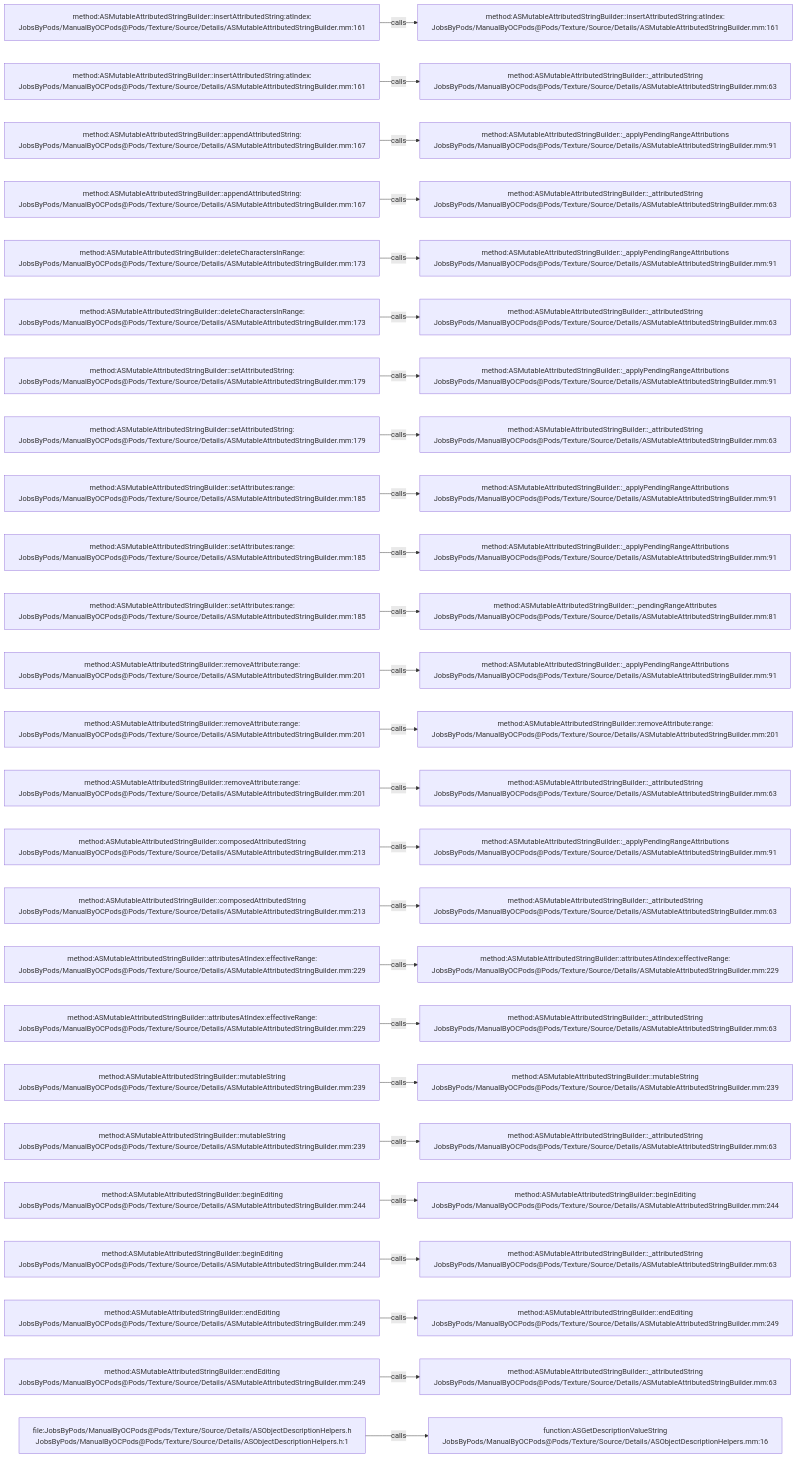
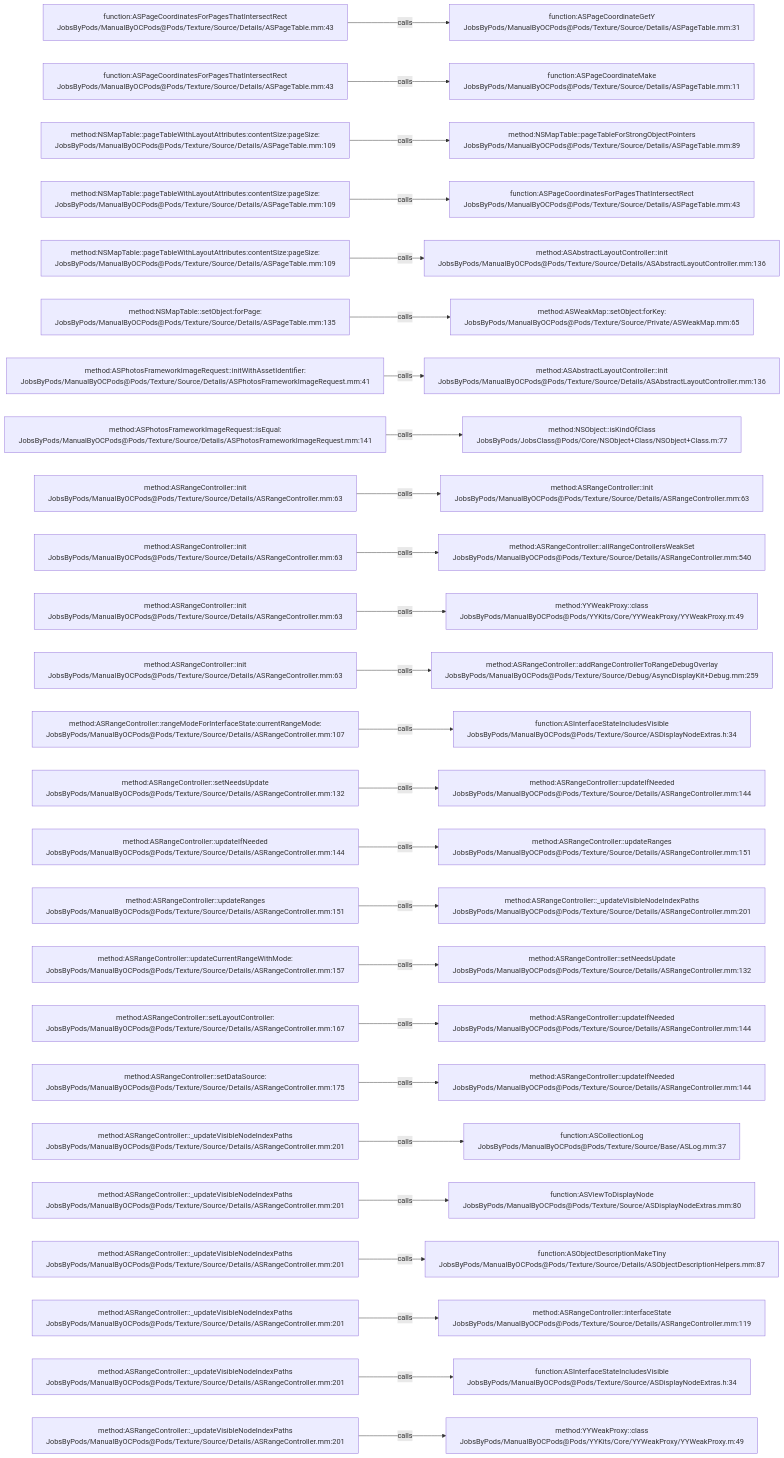
One commit to JobsKits/JobsOCBaseConfigDemo changed the diagram in .codegraph/codegraph.md/graphs/calls-161.md. Above: the diagram before and after it, drawn with Mermaid. The commit also changed 1353 other files, not shown here.

````diff
--- a/.codegraph/codegraph.md/graphs/calls-161.md
+++ b/.codegraph/codegraph.md/graphs/calls-161.md
@@ -13,78 +13,78 @@
 ```mermaid
 flowchart LR
-  S1["method:ASMutableAttributedStringBuilder::insertAttributedString:atIndex:<br/>JobsByPods/ManualByOCPods@Pods/Texture/Source/Details/ASMutableAttributedStringBuilder.mm:161"]
-  T1["method:ASMutableAttributedStringBuilder::insertAttributedString:atIndex:<br/>JobsByPods/ManualByOCPods@Pods/Texture/Source/Details/ASMutableAttributedStringBuilder.mm:161"]
+  S1["function:ASPageCoordinatesForPagesThatIntersectRect<br/>JobsByPods/ManualByOCPods@Pods/Texture/Source/Details/ASPageTable.mm:43"]
+  T1["function:ASPageCoordinateGetY<br/>JobsByPods/ManualByOCPods@Pods/Texture/Source/Details/ASPageTable.mm:31"]
   S1 -->|calls| T1
-  S2["method:ASMutableAttributedStringBuilder::insertAttributedString:atIndex:<br/>JobsByPods/ManualByOCPods@Pods/Texture/Source/Details/ASMutableAttributedStringBuilder.mm:161"]
-  T2["method:ASMutableAttributedStringBuilder::_attributedString<br/>JobsByPods/ManualByOCPods@Pods/Texture/Source/Details/ASMutableAttributedStringBuilder.mm:63"]
+  S2["function:ASPageCoordinatesForPagesThatIntersectRect<br/>JobsByPods/ManualByOCPods@Pods/Texture/Source/Details/ASPageTable.mm:43"]
+  T2["function:ASPageCoordinateMake<br/>JobsByPods/ManualByOCPods@Pods/Texture/Source/Details/ASPageTable.mm:11"]
   S2 -->|calls| T2
-  S3["method:ASMutableAttributedStringBuilder::appendAttributedString:<br/>JobsByPods/ManualByOCPods@Pods/Texture/Source/Details/ASMutableAttributedStringBuilder.mm:167"]
-  T3["method:ASMutableAttributedStringBuilder::_applyPendingRangeAttributions<br/>JobsByPods/ManualByOCPods@Pods/Texture/Source/Details/ASMutableAttributedStringBuilder.mm:91"]
+  S3["method:NSMapTable::pageTableWithLayoutAttributes:contentSize:pageSize:<br/>JobsByPods/ManualByOCPods@Pods/Texture/Source/Details/ASPageTable.mm:109"]
+  T3["method:NSMapTable::pageTableForStrongObjectPointers<br/>JobsByPods/ManualByOCPods@Pods/Texture/Source/Details/ASPageTable.mm:89"]
   S3 -->|calls| T3
-  S4["method:ASMutableAttributedStringBuilder::appendAttributedString:<br/>JobsByPods/ManualByOCPods@Pods/Texture/Source/Details/ASMutableAttributedStringBuilder.mm:167"]
-  T4["method:ASMutableAttributedStringBuilder::_attributedString<br/>JobsByPods/ManualByOCPods@Pods/Texture/Source/Details/ASMutableAttributedStringBuilder.mm:63"]
+  S4["method:NSMapTable::pageTableWithLayoutAttributes:contentSize:pageSize:<br/>JobsByPods/ManualByOCPods@Pods/Texture/Source/Details/ASPageTable.mm:109"]
+  T4["function:ASPageCoordinatesForPagesThatIntersectRect<br/>JobsByPods/ManualByOCPods@Pods/Texture/Source/Details/ASPageTable.mm:43"]
   S4 -->|calls| T4
-  S5["method:ASMutableAttributedStringBuilder::deleteCharactersInRange:<br/>JobsByPods/ManualByOCPods@Pods/Texture/Source/Details/ASMutableAttributedStringBuilder.mm:173"]
-  T5["method:ASMutableAttributedStringBuilder::_applyPendingRangeAttributions<br/>JobsByPods/ManualByOCPods@Pods/Texture/Source/Details/ASMutableAttributedStringBuilder.mm:91"]
+  S5["method:NSMapTable::pageTableWithLayoutAttributes:contentSize:pageSize:<br/>JobsByPods/ManualByOCPods@Pods/Texture/Source/Details/ASPageTable.mm:109"]
+  T5["method:ASAbstractLayoutController::init<br/>JobsByPods/ManualByOCPods@Pods/Texture/Source/Details/ASAbstractLayoutController.mm:136"]
   S5 -->|calls| T5
-  S6["method:ASMutableAttributedStringBuilder::deleteCharactersInRange:<br/>JobsByPods/ManualByOCPods@Pods/Texture/Source/Details/ASMutableAttributedStringBuilder.mm:173"]
-  T6["method:ASMutableAttributedStringBuilder::_attributedString<br/>JobsByPods/ManualByOCPods@Pods/Texture/Source/Details/ASMutableAttributedStringBuilder.mm:63"]
+  S6["method:NSMapTable::setObject:forPage:<br/>JobsByPods/ManualByOCPods@Pods/Texture/Source/Details/ASPageTable.mm:135"]
+  T6["method:ASWeakMap::setObject:forKey:<br/>JobsByPods/ManualByOCPods@Pods/Texture/Source/Private/ASWeakMap.mm:65"]
   S6 -->|calls| T6
-  S7["method:ASMutableAttributedStringBuilder::setAttributedString:<br/>JobsByPods/ManualByOCPods@Pods/Texture/Source/Details/ASMutableAttributedStringBuilder.mm:179"]
-  T7["method:ASMutableAttributedStringBuilder::_applyPendingRangeAttributions<br/>JobsByPods/ManualByOCPods@Pods/Texture/Source/Details/ASMutableAttributedStringBuilder.mm:91"]
+  S7["method:ASPhotosFrameworkImageRequest::initWithAssetIdentifier:<br/>JobsByPods/ManualByOCPods@Pods/Texture/Source/Details/ASPhotosFrameworkImageRequest.mm:41"]
+  T7["method:ASAbstractLayoutController::init<br/>JobsByPods/ManualByOCPods@Pods/Texture/Source/Details/ASAbstractLayoutController.mm:136"]
   S7 -->|calls| T7
-  S8["method:ASMutableAttributedStringBuilder::setAttributedString:<br/>JobsByPods/ManualByOCPods@Pods/Texture/Source/Details/ASMutableAttributedStringBuilder.mm:179"]
-  T8["method:ASMutableAttributedStringBuilder::_attributedString<br/>JobsByPods/ManualByOCPods@Pods/Texture/Source/Details/ASMutableAttributedStringBuilder.mm:63"]
+  S8["method:ASPhotosFrameworkImageRequest::isEqual:<br/>JobsByPods/ManualByOCPods@Pods/Texture/Source/Details/ASPhotosFrameworkImageRequest.mm:141"]
+  T8["method:NSObject::isKindOfClass<br/>JobsByPods/JobsClass@Pods/Core/NSObject+Class/NSObject+Class.m:77"]
   S8 -->|calls| T8
-  S9["method:ASMutableAttributedStringBuilder::setAttributes:range:<br/>JobsByPods/ManualByOCPods@Pods/Texture/Source/Details/ASMutableAttributedStringBuilder.mm:185"]
-  T9["method:ASMutableAttributedStringBuilder::_applyPendingRangeAttributions<br/>JobsByPods/ManualByOCPods@Pods/Texture/Source/Details/ASMutableAttributedStringBuilder.mm:91"]
+  S9["method:ASRangeController::init<br/>JobsByPods/ManualByOCPods@Pods/Texture/Source/Details/ASRangeController.mm:63"]
+  T9["method:ASRangeController::init<br/>JobsByPods/ManualByOCPods@Pods/Texture/Source/Details/ASRangeController.mm:63"]
   S9 -->|calls| T9
-  S10["method:ASMutableAttributedStringBuilder::setAttributes:range:<br/>JobsByPods/ManualByOCPods@Pods/Texture/Source/Details/ASMutableAttributedStringBuilder.mm:185"]
-  T10["method:ASMutableAttributedStringBuilder::_applyPendingRangeAttributions<br/>JobsByPods/ManualByOCPods@Pods/Texture/Source/Details/ASMutableAttributedStringBuilder.mm:91"]
+  S10["method:ASRangeController::init<br/>JobsByPods/ManualByOCPods@Pods/Texture/Source/Details/ASRangeController.mm:63"]
+  T10["method:ASRangeController::allRangeControllersWeakSet<br/>JobsByPods/ManualByOCPods@Pods/Texture/Source/Details/ASRangeController.mm:540"]
   S10 -->|calls| T10
-  S11["method:ASMutableAttributedStringBuilder::setAttributes:range:<br/>JobsByPods/ManualByOCPods@Pods/Texture/Source/Details/ASMutableAttributedStringBuilder.mm:185"]
-  T11["method:ASMutableAttributedStringBuilder::_pendingRangeAttributes<br/>JobsByPods/ManualByOCPods@Pods/Texture/Source/Details/ASMutableAttributedStringBuilder.mm:81"]
+  S11["method:ASRangeController::init<br/>JobsByPods/ManualByOCPods@Pods/Texture/Source/Details/ASRangeController.mm:63"]
+  T11["method:YYWeakProxy::class<br/>JobsByPods/ManualByOCPods@Pods/YYKits/Core/YYWeakProxy/YYWeakProxy.m:49"]
   S11 -->|calls| T11
-  S12["method:ASMutableAttributedStringBuilder::removeAttribute:range:<br/>JobsByPods/ManualByOCPods@Pods/Texture/Source/Details/ASMutableAttributedStringBuilder.mm:201"]
-  T12["method:ASMutableAttributedStringBuilder::_applyPendingRangeAttributions<br/>JobsByPods/ManualByOCPods@Pods/Texture/Source/Details/ASMutableAttributedStringBuilder.mm:91"]
+  S12["method:ASRangeController::init<br/>JobsByPods/ManualByOCPods@Pods/Texture/Source/Details/ASRangeController.mm:63"]
+  T12["method:ASRangeController::addRangeControllerToRangeDebugOverlay<br/>JobsByPods/ManualByOCPods@Pods/Texture/Source/Debug/AsyncDisplayKit+Debug.mm:259"]
   S12 -->|calls| T12
-  S13["method:ASMutableAttributedStringBuilder::removeAttribute:range:<br/>JobsByPods/ManualByOCPods@Pods/Texture/Source/Details/ASMutableAttributedStringBuilder.mm:201"]
-  T13["method:ASMutableAttributedStringBuilder::removeAttribute:range:<br/>JobsByPods/ManualByOCPods@Pods/Texture/Source/Details/ASMutableAttributedStringBuilder.mm:201"]
+  S13["method:ASRangeController::rangeModeForInterfaceState:currentRangeMode:<br/>JobsByPods/ManualByOCPods@Pods/Texture/Source/Details/ASRangeController.mm:107"]
+  T13["function:ASInterfaceStateIncludesVisible<br/>JobsByPods/ManualByOCPods@Pods/Texture/Source/ASDisplayNodeExtras.h:34"]
   S13 -->|calls| T13
-  S14["method:ASMutableAttributedStringBuilder::removeAttribute:range:<br/>JobsByPods/ManualByOCPods@Pods/Texture/Source/Details/ASMutableAttributedStringBuilder.mm:201"]
-  T14["method:ASMutableAttributedStringBuilder::_attributedString<br/>JobsByPods/ManualByOCPods@Pods/Texture/Source/Details/ASMutableAttributedStringBuilder.mm:63"]
+  S14["method:ASRangeController::setNeedsUpdate<br/>JobsByPods/ManualByOCPods@Pods/Texture/Source/Details/ASRangeController.mm:132"]
+  T14["method:ASRangeController::updateIfNeeded<br/>JobsByPods/ManualByOCPods@Pods/Texture/Source/Details/ASRangeController.mm:144"]
   S14 -->|calls| T14
-  S15["method:ASMutableAttributedStringBuilder::composedAttributedString<br/>JobsByPods/ManualByOCPods@Pods/Texture/Source/Details/ASMutableAttributedStringBuilder.mm:213"]
-  T15["method:ASMutableAttributedStringBuilder::_applyPendingRangeAttributions<br/>JobsByPods/ManualByOCPods@Pods/Texture/Source/Details/ASMutableAttributedStringBuilder.mm:91"]
+  S15["method:ASRangeController::updateIfNeeded<br/>JobsByPods/ManualByOCPods@Pods/Texture/Source/Details/ASRangeController.mm:144"]
+  T15["method:ASRangeController::updateRanges<br/>JobsByPods/ManualByOCPods@Pods/Texture/Source/Details/ASRangeController.mm:151"]
   S15 -->|calls| T15
-  S16["method:ASMutableAttributedStringBuilder::composedAttributedString<br/>JobsByPods/ManualByOCPods@Pods/Texture/Source/Details/ASMutableAttributedStringBuilder.mm:213"]
-  T16["method:ASMutableAttributedStringBuilder::_attributedString<br/>JobsByPods/ManualByOCPods@Pods/Texture/Source/Details/ASMutableAttributedStringBuilder.mm:63"]
+  S16["method:ASRangeController::updateRanges<br/>JobsByPods/ManualByOCPods@Pods/Texture/Source/Details/ASRangeController.mm:151"]
+  T16["method:ASRangeController::_updateVisibleNodeIndexPaths<br/>JobsByPods/ManualByOCPods@Pods/Texture/Source/Details/ASRangeController.mm:201"]
   S16 -->|calls| T16
-  S17["method:ASMutableAttributedStringBuilder::attributesAtIndex:effectiveRange:<br/>JobsByPods/ManualByOCPods@Pods/Texture/Source/Details/ASMutableAttributedStringBuilder.mm:229"]
-  T17["method:ASMutableAttributedStringBuilder::attributesAtIndex:effectiveRange:<br/>JobsByPods/ManualByOCPods@Pods/Texture/Source/Details/ASMutableAttributedStringBuilder.mm:229"]
+  S17["method:ASRangeController::updateCurrentRangeWithMode:<br/>JobsByPods/ManualByOCPods@Pods/Texture/Source/Details/ASRangeController.mm:157"]
+  T17["method:ASRangeController::setNeedsUpdate<br/>JobsByPods/ManualByOCPods@Pods/Texture/Source/Details/ASRangeController.mm:132"]
   S17 -->|calls| T17
-  S18["method:ASMutableAttributedStringBuilder::attributesAtIndex:effectiveRange:<br/>JobsByPods/ManualByOCPods@Pods/Texture/Source/Details/ASMutableAttributedStringBuilder.mm:229"]
-  T18["method:ASMutableAttributedStringBuilder::_attributedString<br/>JobsByPods/ManualByOCPods@Pods/Texture/Source/Details/ASMutableAttributedStringBuilder.mm:63"]
+  S18["method:ASRangeController::setLayoutController:<br/>JobsByPods/ManualByOCPods@Pods/Texture/Source/Details/ASRangeController.mm:167"]
+  T18["method:ASRangeController::updateIfNeeded<br/>JobsByPods/ManualByOCPods@Pods/Texture/Source/Details/ASRangeController.mm:144"]
   S18 -->|calls| T18
-  S19["method:ASMutableAttributedStringBuilder::mutableString<br/>JobsByPods/ManualByOCPods@Pods/Texture/Source/Details/ASMutableAttributedStringBuilder.mm:239"]
-  T19["method:ASMutableAttributedStringBuilder::mutableString<br/>JobsByPods/ManualByOCPods@Pods/Texture/Source/Details/ASMutableAttributedStringBuilder.mm:239"]
+  S19["method:ASRangeController::setDataSource:<br/>JobsByPods/ManualByOCPods@Pods/Texture/Source/Details/ASRangeController.mm:175"]
+  T19["method:ASRangeController::updateIfNeeded<br/>JobsByPods/ManualByOCPods@Pods/Texture/Source/Details/ASRangeController.mm:144"]
   S19 -->|calls| T19
-  S20["method:ASMutableAttributedStringBuilder::mutableString<br/>JobsByPods/ManualByOCPods@Pods/Texture/Source/Details/ASMutableAttributedStringBuilder.mm:239"]
-  T20["method:ASMutableAttributedStringBuilder::_attributedString<br/>JobsByPods/ManualByOCPods@Pods/Texture/Source/Details/ASMutableAttributedStringBuilder.mm:63"]
+  S20["method:ASRangeController::_updateVisibleNodeIndexPaths<br/>JobsByPods/ManualByOCPods@Pods/Texture/Source/Details/ASRangeController.mm:201"]
+  T20["function:ASCollectionLog<br/>JobsByPods/ManualByOCPods@Pods/Texture/Source/Base/ASLog.mm:37"]
   S20 -->|calls| T20
-  S21["method:ASMutableAttributedStringBuilder::beginEditing<br/>JobsByPods/ManualByOCPods@Pods/Texture/Source/Details/ASMutableAttributedStringBuilder.mm:244"]
-  T21["method:ASMutableAttributedStringBuilder::beginEditing<br/>JobsByPods/ManualByOCPods@Pods/Texture/Source/Details/ASMutableAttributedStringBuilder.mm:244"]
+  S21["method:ASRangeController::_updateVisibleNodeIndexPaths<br/>JobsByPods/ManualByOCPods@Pods/Texture/Source/Details/ASRangeController.mm:201"]
+  T21["function:ASViewToDisplayNode<br/>JobsByPods/ManualByOCPods@Pods/Texture/Source/ASDisplayNodeExtras.mm:80"]
   S21 -->|calls| T21
-  S22["method:ASMutableAttributedStringBuilder::beginEditing<br/>JobsByPods/ManualByOCPods@Pods/Texture/Source/Details/ASMutableAttributedStringBuilder.mm:244"]
-  T22["method:ASMutableAttributedStringBuilder::_attributedString<br/>JobsByPods/ManualByOCPods@Pods/Texture/Source/Details/ASMutableAttributedStringBuilder.mm:63"]
+  S22["method:ASRangeController::_updateVisibleNodeIndexPaths<br/>JobsByPods/ManualByOCPods@Pods/Texture/Source/Details/ASRangeController.mm:201"]
+  T22["function:ASObjectDescriptionMakeTiny<br/>JobsByPods/ManualByOCPods@Pods/Texture/Source/Details/ASObjectDescriptionHelpers.mm:87"]
   S22 -->|calls| T22
-  S23["method:ASMutableAttributedStringBuilder::endEditing<br/>JobsByPods/ManualByOCPods@Pods/Texture/Source/Details/ASMutableAttributedStringBuilder.mm:249"]
-  T23["method:ASMutableAttributedStringBuilder::endEditing<br/>JobsByPods/ManualByOCPods@Pods/Texture/Source/Details/ASMutableAttributedStringBuilder.mm:249"]
+  S23["method:ASRangeController::_updateVisibleNodeIndexPaths<br/>JobsByPods/ManualByOCPods@Pods/Texture/Source/Details/ASRangeController.mm:201"]
+  T23["method:ASRangeController::interfaceState<br/>JobsByPods/ManualByOCPods@Pods/Texture/Source/Details/ASRangeController.mm:119"]
   S23 -->|calls| T23
-  S24["method:ASMutableAttributedStringBuilder::endEditing<br/>JobsByPods/ManualByOCPods@Pods/Texture/Source/Details/ASMutableAttributedStringBuilder.mm:249"]
-  T24["method:ASMutableAttributedStringBuilder::_attributedString<br/>JobsByPods/ManualByOCPods@Pods/Texture/Source/Details/ASMutableAttributedStringBuilder.mm:63"]
+  S24["method:ASRangeController::_updateVisibleNodeIndexPaths<br/>JobsByPods/ManualByOCPods@Pods/Texture/Source/Details/ASRangeController.mm:201"]
+  T24["function:ASInterfaceStateIncludesVisible<br/>JobsByPods/ManualByOCPods@Pods/Texture/Source/ASDisplayNodeExtras.h:34"]
   S24 -->|calls| T24
-  S25["file:JobsByPods/ManualByOCPods@Pods/Texture/Source/Details/ASObjectDescriptionHelpers.h<br/>JobsByPods/ManualByOCPods@Pods/Texture/Source/Details/ASObjectDescriptionHelpers.h:1"]
-  T25["function:ASGetDescriptionValueString<br/>JobsByPods/ManualByOCPods@Pods/Texture/Source/Details/ASObjectDescriptionHelpers.mm:16"]
+  S25["method:ASRangeController::_updateVisibleNodeIndexPaths<br/>JobsByPods/ManualByOCPods@Pods/Texture/Source/Details/ASRangeController.mm:201"]
+  T25["method:YYWeakProxy::class<br/>JobsByPods/ManualByOCPods@Pods/YYKits/Core/YYWeakProxy/YYWeakProxy.m:49"]
   S25 -->|calls| T25
 ```
````
